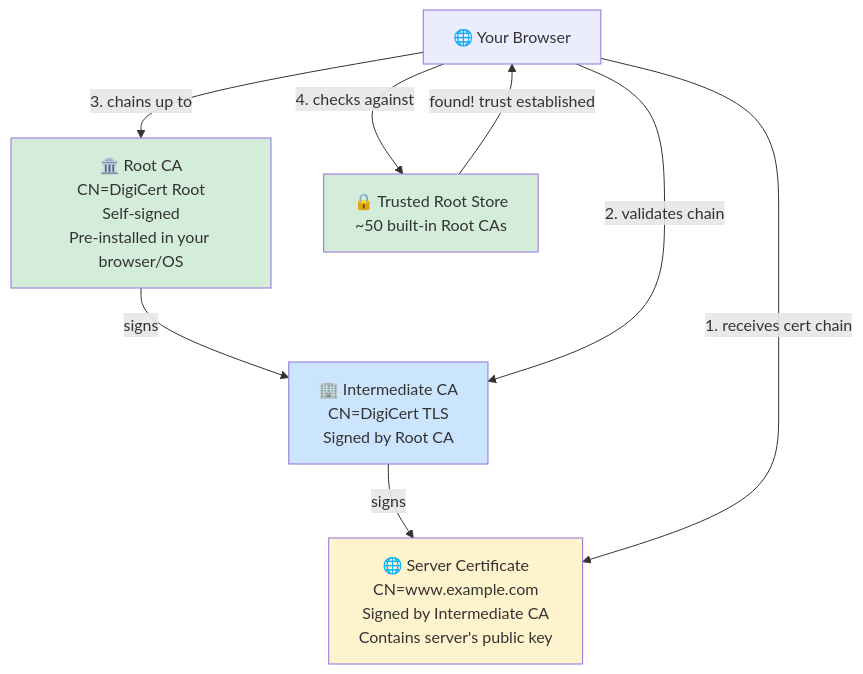
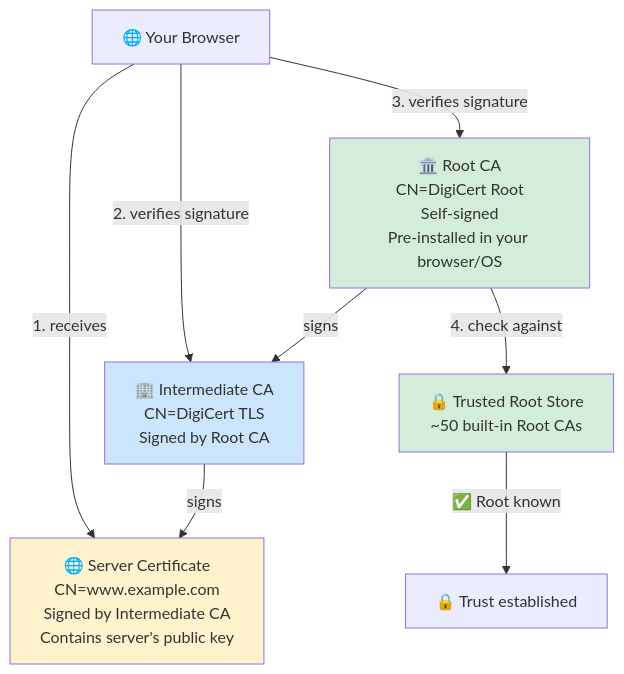
One commit to csoares/SecurityJava changed diagram 14 of 19 in README.md. Above: the diagram before and after it, drawn with Mermaid. The commit also changed other lines of this file and 23 other files, not shown here.

Commit message:
Refine README diagrams and descriptions for clarity and accuracy

````diff
--- a/README.md
+++ b/README.md
@@ -414,23 +410,24 @@
 ```mermaid
 flowchart TD
-    ROOT["🏛️ Root CA\nCN=DigiCert Root\nSelf-signed\nPre-installed in your browser/OS"]
-    INT["🏢 Intermediate CA\nCN=DigiCert TLS\nSigned by Root CA"]
-    SERVER["🌐 Server Certificate\nCN=www.example.com\nSigned by Intermediate CA\nContains server's public key"]
+    ROOT["🏛️ Root CA<br/>CN=DigiCert Root<br/>Self-signed<br/>Pre-installed in your browser/OS"]
+    INT["🏢 Intermediate CA<br/>CN=DigiCert TLS<br/>Signed by Root CA"]
+    SERVER["🌐 Server Certificate<br/>CN=www.example.com<br/>Signed by Intermediate CA<br/>Contains server's public key"]
 
     ROOT -->|"signs"| INT
     INT -->|"signs"| SERVER
 
     BROWSER["🌐 Your Browser"]
-    TRUST["🔒 Trusted Root Store\n~50 built-in Root CAs"]
+    TRUST["🔒 Trusted Root Store<br/>~50 built-in Root CAs"]
+    OK["🔒 Trust established"]
 
-    BROWSER -->|"1. receives cert chain"| SERVER
-    BROWSER -->|"2. validates chain"| INT
-    BROWSER -->|"3. chains up to"| ROOT
-    BROWSER -->|"4. checks against"| TRUST
-    TRUST -->|"found! trust established"| BROWSER
+    BROWSER -->|"1. receives"| SERVER
+    BROWSER -->|"2. verifies signature"| INT
+    BROWSER -->|"3. verifies signature"| ROOT
+    ROOT -->|"4. check against"| TRUST
+    TRUST -->|"✅ Root known"| OK
 
     style ROOT fill:#d4edda
     style INT fill:#cce5ff
     style SERVER fill:#fff3cd
     style TRUST fill:#d4edda
 ```
````
